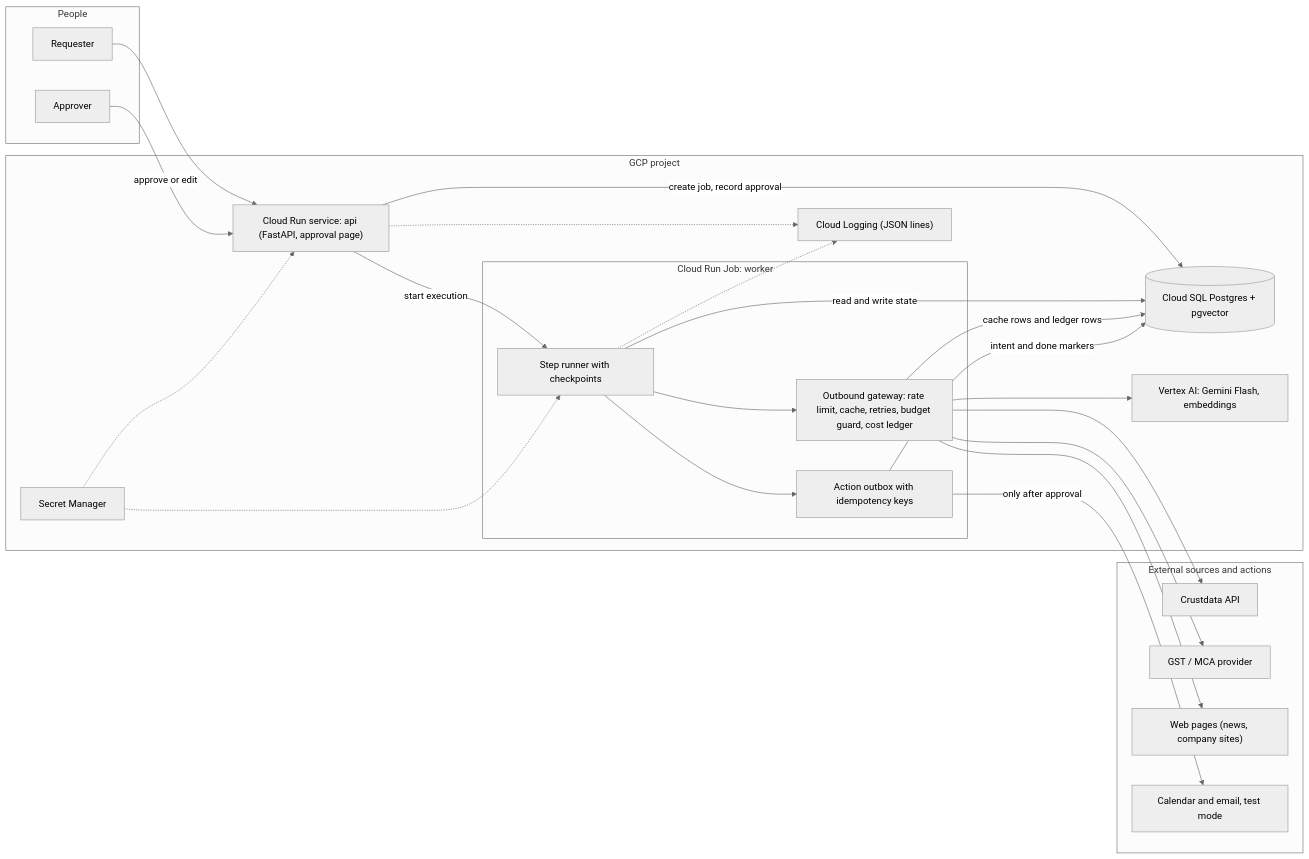
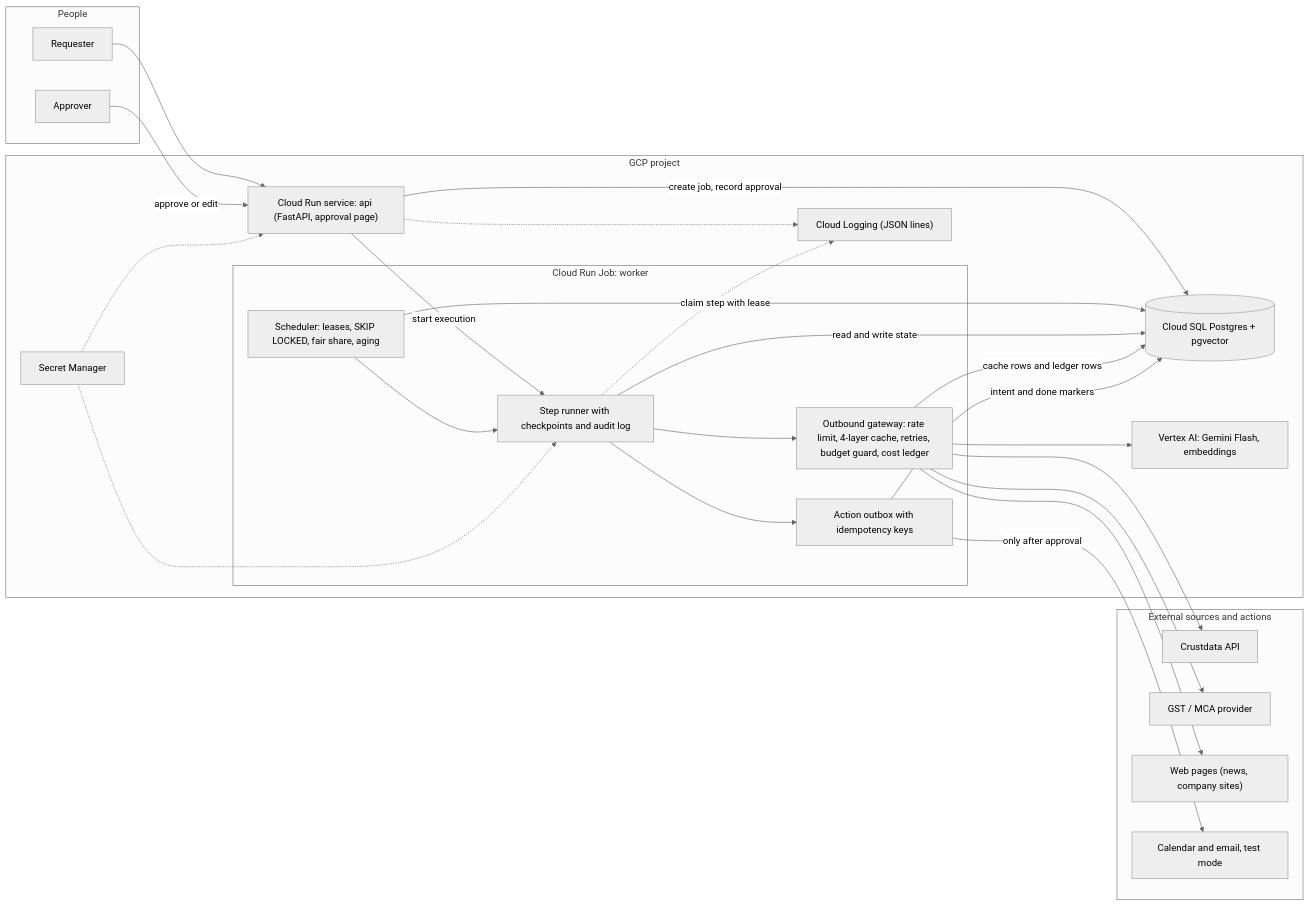
The second of 2 diagrams in Ideation/3PL Revenue Agent Blueprint.md (Krisha-cmd/ContextCon2026), drawn with Mermaid (neutral theme) before and after one commit. The commit also changed other lines of this file, not shown here.

````diff
--- a/Ideation/3PL Revenue Agent Blueprint.md
+++ b/Ideation/3PL Revenue Agent Blueprint.md
@@ -73,43 +75,46 @@
 ```mermaid
 flowchart LR
   subgraph People
     U1["Requester"]
     U2["Approver"]
   end
   subgraph GCP["GCP project"]
     API["Cloud Run service: api (FastAPI, approval page)"]
     subgraph WK["Cloud Run Job: worker"]
-      RUN["Step runner with checkpoints"]
-      GW["Outbound gateway: rate limit, cache, retries, budget guard, cost ledger"]
+      SCH["Scheduler: leases, SKIP LOCKED, fair share, aging"]
+      RUN["Step runner with checkpoints and audit log"]
+      GW["Outbound gateway: rate limit, 4-layer cache, retries, budget guard, cost ledger"]
       OB["Action outbox with idempotency keys"]
     end
     DB[("Cloud SQL Postgres + pgvector")]
     VX["Vertex AI: Gemini Flash, embeddings"]
     SM["Secret Manager"]
     LG["Cloud Logging (JSON lines)"]
   end
   subgraph Outside["External sources and actions"]
     CD["Crustdata API"]
     RG["GST / MCA provider"]
     WB["Web pages (news, company sites)"]
     CAL["Calendar and email, test mode"]
   end
   U1 --> API
   U2 -->|approve or edit| API
   API -->|create job, record approval| DB
   API -->|start execution| RUN
+  SCH -->|claim step with lease| DB
+  SCH --> RUN
   RUN -->|read and write state| DB
   RUN --> GW
   GW --> CD
   GW --> RG
   GW --> WB
   GW --> VX
   GW -->|cache rows and ledger rows| DB
   RUN --> OB
   OB -->|only after approval| CAL
   OB -->|intent and done markers| DB
   SM -.-> API
   SM -.-> RUN
   RUN -.-> LG
   API -.-> LG
 ```
````
